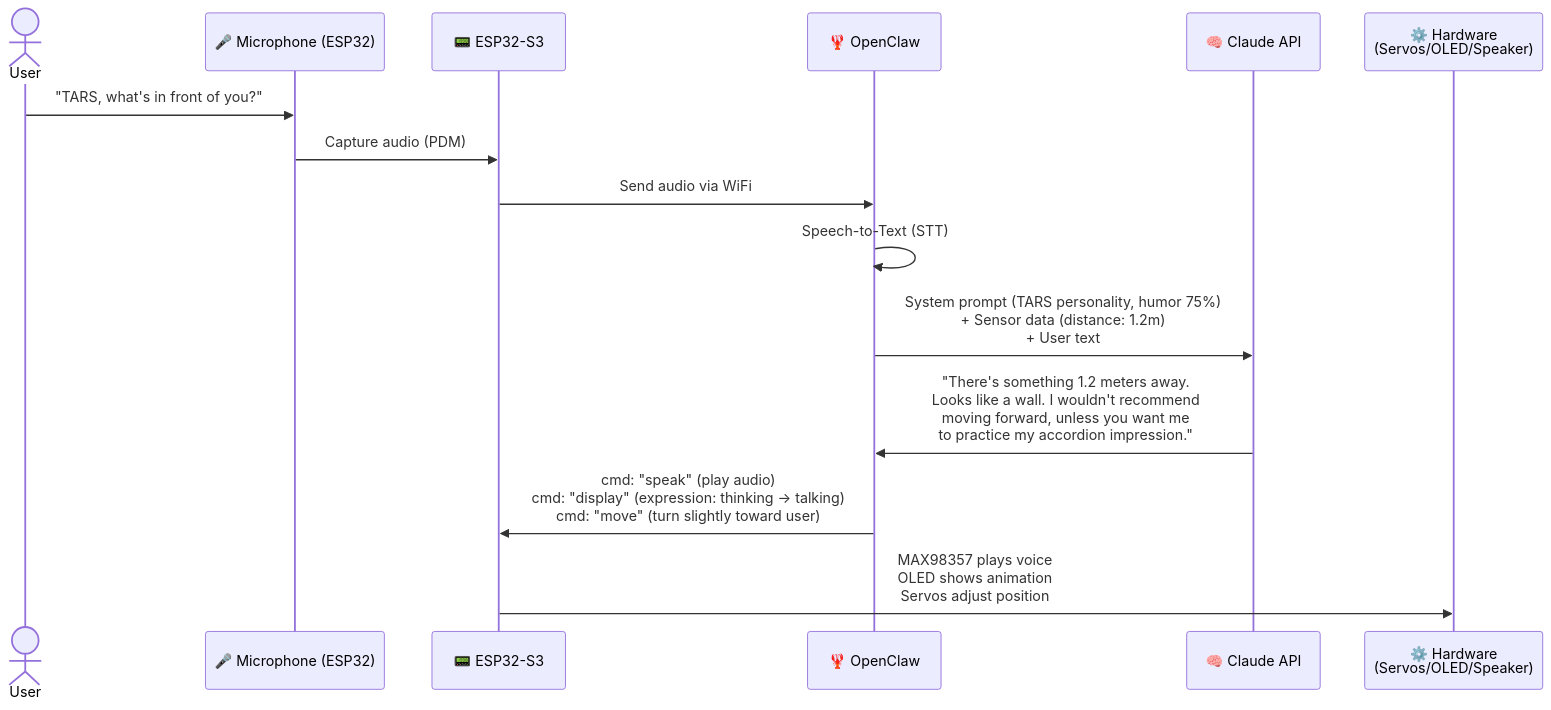
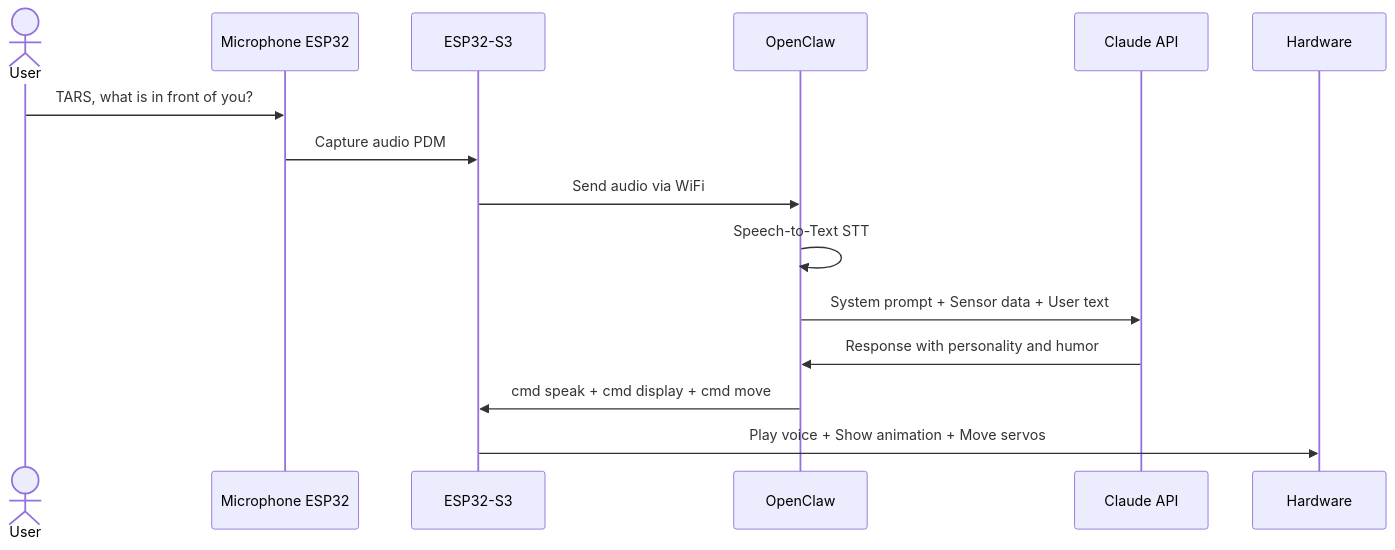
The eighth of 8 diagrams in README.md (zabbix-byte/real-tars), drawn with Mermaid before and after one commit. The commit also changed other lines of this file and 2 other files, not shown here.

Commit message:
refactor: update architecture diagrams and component descriptions in README files

````diff
--- a/README.md
+++ b/README.md
@@ -653,18 +655,18 @@
 ```mermaid
 sequenceDiagram
     actor User
-    participant MIC as 🎤 Microphone (ESP32)
-    participant ESP as 📟 ESP32-S3
-    participant OC as 🦞 OpenClaw
-    participant CL as 🧠 Claude API
-    participant HW as ⚙️ Hardware<br/>(Servos/OLED/Speaker)
+    participant MIC as Microphone ESP32
+    participant ESP as ESP32-S3
+    participant OC as OpenClaw
+    participant CL as Claude API
+    participant HW as Hardware
 
-    User->>MIC: "TARS, what's in front of you?"
-    MIC->>ESP: Capture audio (PDM)
+    User->>MIC: TARS, what is in front of you?
+    MIC->>ESP: Capture audio PDM
     ESP->>OC: Send audio via WiFi
-    OC->>OC: Speech-to-Text (STT)
-    OC->>CL: System prompt (TARS personality, humor 75%)<br/>+ Sensor data (distance: 1.2m)<br/>+ User text
-    CL->>OC: "There's something 1.2 meters away.<br/>Looks like a wall. I wouldn't recommend<br/>moving forward, unless you want me<br/>to practice my accordion impression."
-    OC->>ESP: cmd: "speak" (play audio)<br/>cmd: "display" (expression: thinking → talking)<br/>cmd: "move" (turn slightly toward user)
-    ESP->>HW: MAX98357 plays voice<br/>OLED shows animation<br/>Servos adjust position
+    OC->>OC: Speech-to-Text STT
+    OC->>CL: System prompt + Sensor data + User text
+    CL->>OC: Response with personality and humor
+    OC->>ESP: cmd speak + cmd display + cmd move
+    ESP->>HW: Play voice + Show animation + Move servos
 ```
````
